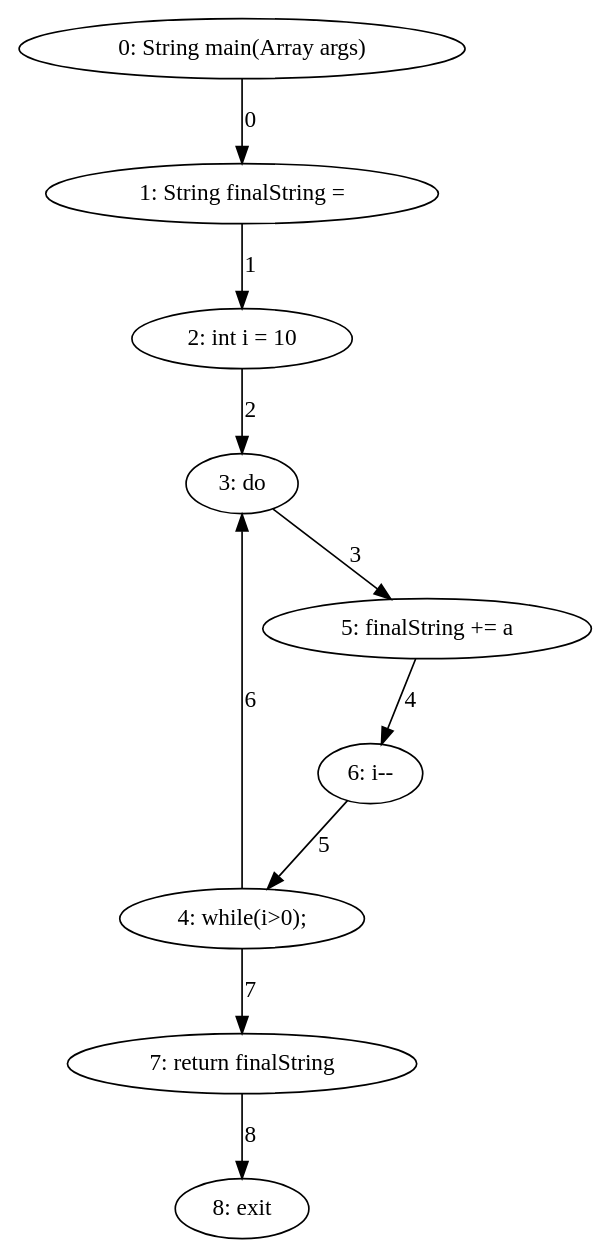
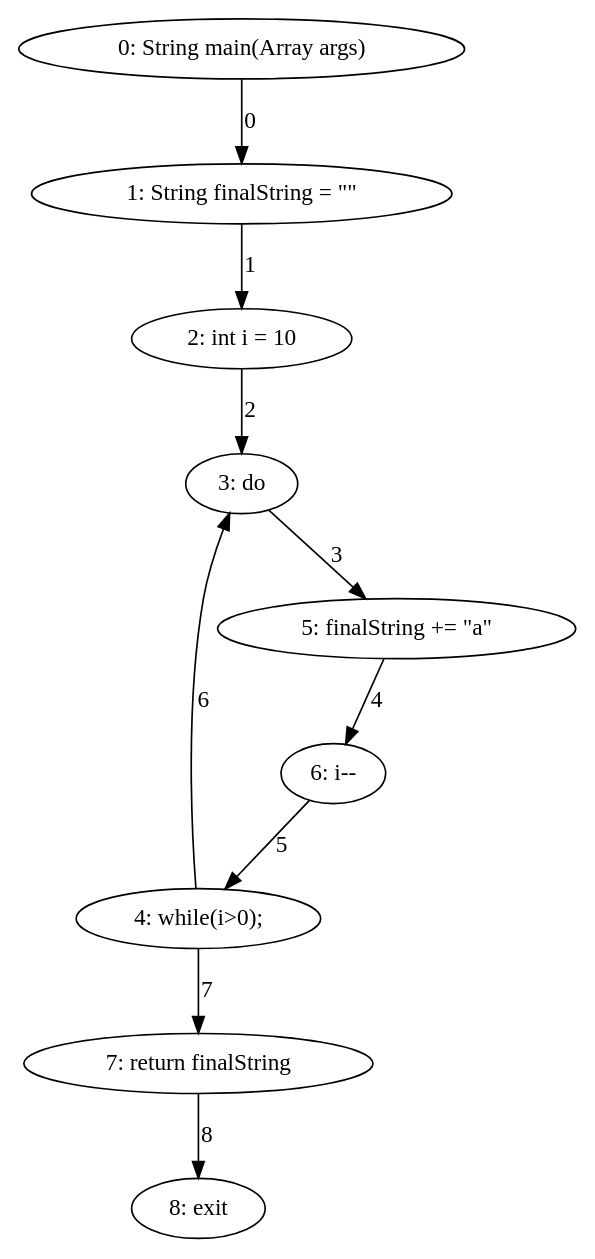
Before and after one commit to DominguesGM/comp_astanalyze: the diagram in export/dowhile_example_cfg.dot, drawn with Graphviz. The commit also changed 15 other files, not shown here.

```diff
--- a/export/dowhile_example_cfg.dot
+++ b/export/dowhile_example_cfg.dot
@@ -1,20 +1,20 @@
 digraph G {
   1 [ label="0: String main(Array args)" ];
-  2 [ label="1: String finalString = " ];
+  2 [ label="1: String finalString = \"\"" ];
   3 [ label="2: int i = 10" ];
   4 [ label="4: while(i>0);" ];
   5 [ label="3: do" ];
-  6 [ label="5: finalString += a" ];
+  6 [ label="5: finalString += \"a\"" ];
   7 [ label="6: i--" ];
   8 [ label="7: return finalString" ];
   9 [ label="8: exit" ];
   1 -> 2 [ label="0" ];
   2 -> 3 [ label="1" ];
   3 -> 5 [ label="2" ];
   5 -> 6 [ label="3" ];
   6 -> 7 [ label="4" ];
   7 -> 4 [ label="5" ];
   4 -> 5 [ label="6" ];
   4 -> 8 [ label="7" ];
   8 -> 9 [ label="8" ];
 }
```
